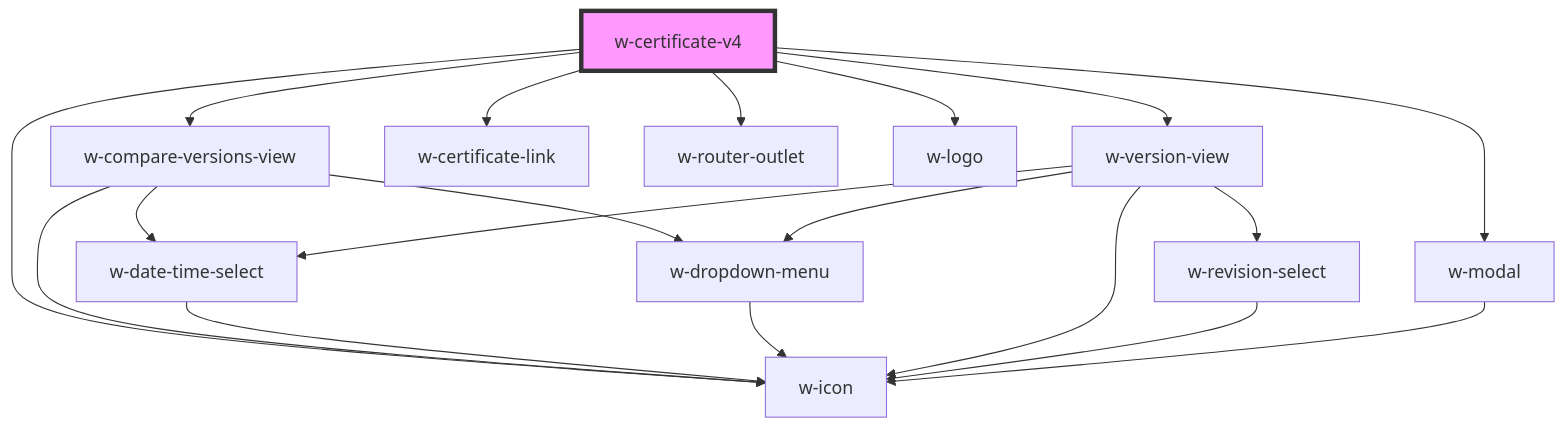
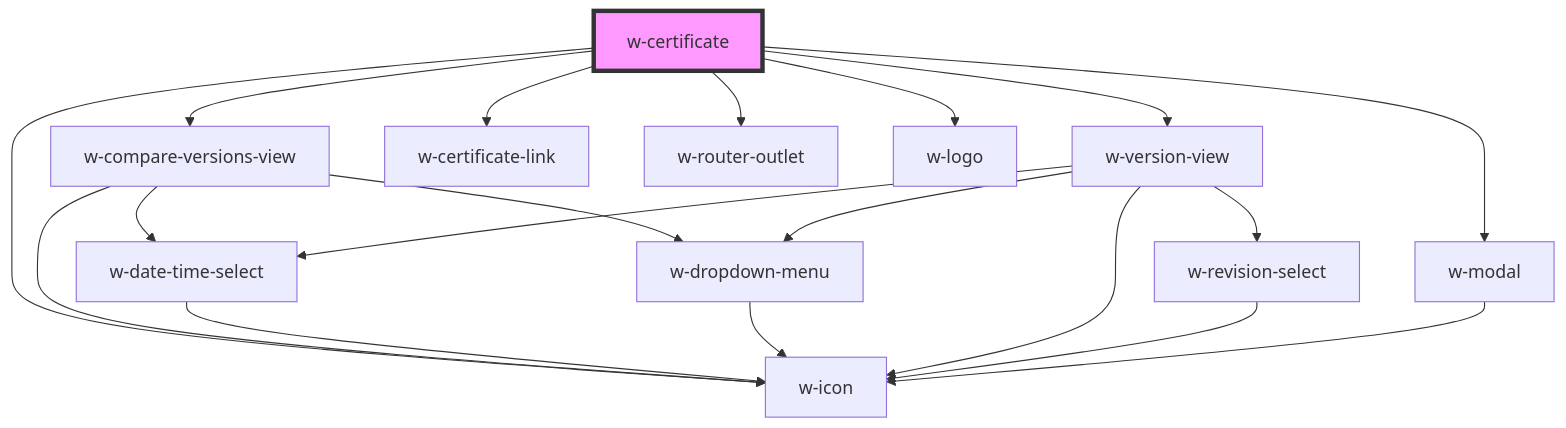
One commit to wordproof/ui changed the diagram in src/components/w-certificate/readme.md. Above: the diagram before and after it, drawn with Mermaid. The commit also changed 12 other files, not shown here.

````diff
--- a/src/components/w-certificate/readme.md
+++ b/src/components/w-certificate/readme.md
@@ -31,22 +31,22 @@
 ```mermaid
 graph TD;
-  w-certificate-v4 --> w-compare-versions-view
-  w-certificate-v4 --> w-version-view
-  w-certificate-v4 --> w-certificate-link
-  w-certificate-v4 --> w-modal
-  w-certificate-v4 --> w-icon
-  w-certificate-v4 --> w-router-outlet
-  w-certificate-v4 --> w-logo
+  w-certificate --> w-compare-versions-view
+  w-certificate --> w-version-view
+  w-certificate --> w-certificate-link
+  w-certificate --> w-modal
+  w-certificate --> w-icon
+  w-certificate --> w-router-outlet
+  w-certificate --> w-logo
   w-compare-versions-view --> w-date-time-select
   w-compare-versions-view --> w-icon
   w-compare-versions-view --> w-dropdown-menu
   w-date-time-select --> w-icon
   w-dropdown-menu --> w-icon
   w-version-view --> w-date-time-select
   w-version-view --> w-revision-select
   w-version-view --> w-icon
   w-version-view --> w-dropdown-menu
   w-revision-select --> w-icon
   w-modal --> w-icon
-  style w-certificate-v4 fill:#f9f,stroke:#333,stroke-width:4px
+  style w-certificate fill:#f9f,stroke:#333,stroke-width:4px
 ```
````
